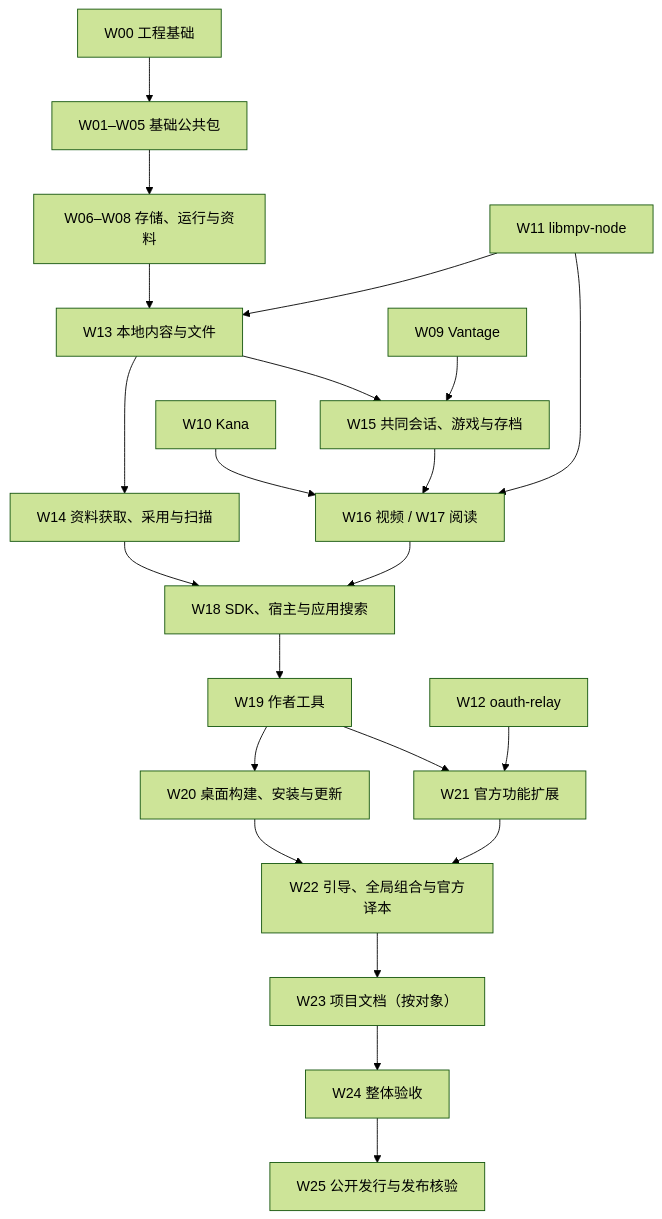
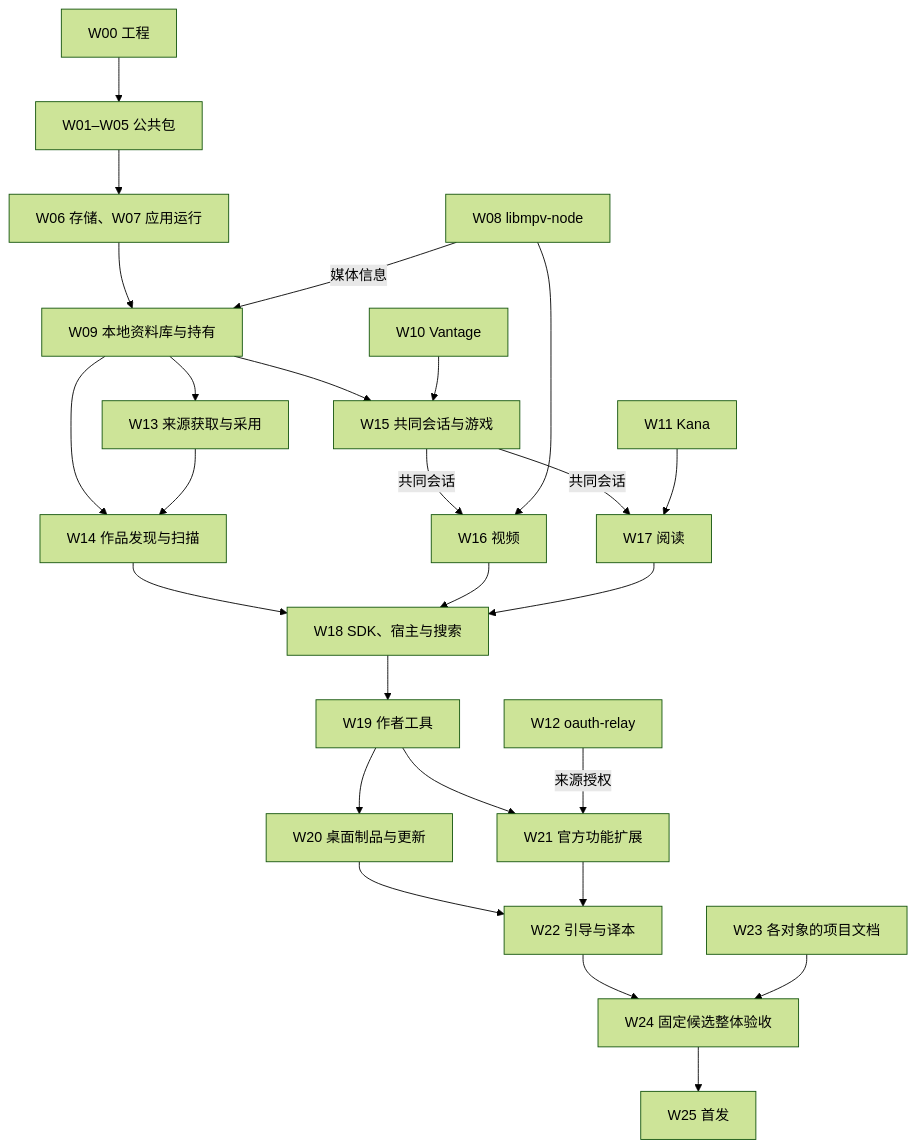
The diagram in refactor/implementation/work-packages.md (ximu3/kisaki-dev), drawn with Mermaid (forest theme) before and after one commit. The commit also changed other lines of this file and 23 other files, not shown here.

First line of the commit message:
docs(desktop): align work package ownership and acceptance (#54)

````diff
--- a/refactor/implementation/work-packages.md
+++ b/refactor/implementation/work-packages.md
@@ -56,24 +56,28 @@
 ```mermaid
 flowchart TD
-  W00["W00 工程基础"] --> BASE["W01–W05 基础公共包"]
-  BASE --> DATA["W06–W08 存储、运行与资料"]
-  DATA --> FILES["W13 本地内容与文件"]
-  MPV["W11 libmpv-node"] --> FILES
-  FILES --> INGEST["W14 资料获取、采用与扫描"]
-  FILES --> GAMES["W15 共同会话、游戏与存档"]
-  VANTAGE["W09 Vantage"] --> GAMES
-  GAMES --> MEDIA["W16 视频 / W17 阅读"]
-  MPV --> MEDIA
-  KANA["W10 Kana"] --> MEDIA
-  INGEST --> HOST["W18 SDK、宿主与应用搜索"]
-  MEDIA --> HOST
-  HOST --> CLI["W19 作者工具"]
-  CLI --> DESKTOP["W20 桌面构建、安装与更新"]
-  CLI --> EXT["W21 官方功能扩展"]
-  RELAY["W12 oauth-relay"] --> EXT
-  EXT --> APP["W22 引导、全局组合与官方译本"]
-  DESKTOP --> APP
-  APP --> DOCS["W23 项目文档（按对象）"]
-  DOCS --> ACCEPTANCE["W24 整体验收"]
-  ACCEPTANCE --> PUBLISH["W25 公开发行与发布核验"]
+  W00["W00 工程"] --> BASE["W01–W05 公共包"]
+  BASE --> RUN["W06 存储、W07 应用运行"]
+  RUN --> W09["W09 本地资料库与持有"]
+  W08["W08 libmpv-node"] -->|媒体信息| W09
+  W09 --> W13["W13 来源获取与采用"]
+  W09 --> W14["W14 作品发现与扫描"]
+  W13 --> W14
+  W09 --> W15["W15 共同会话与游戏"]
+  W10["W10 Vantage"] --> W15
+  W15 -->|共同会话| W16["W16 视频"]
+  W15 -->|共同会话| W17["W17 阅读"]
+  W08 --> W16
+  W11["W11 Kana"] --> W17
+  W14 --> W18["W18 SDK、宿主与搜索"]
+  W16 --> W18
+  W17 --> W18
+  W18 --> W19["W19 作者工具"]
+  W19 --> W20["W20 桌面制品与更新"]
+  W19 --> W21["W21 官方功能扩展"]
+  W12["W12 oauth-relay"] -->|来源授权| W21
+  W20 --> W22["W22 引导与译本"]
+  W21 --> W22
+  W22 --> W24["W24 固定候选整体验收"]
+  W23["W23 各对象的项目文档"] --> W24
+  W24 --> W25["W25 首发"]
 ```
````
